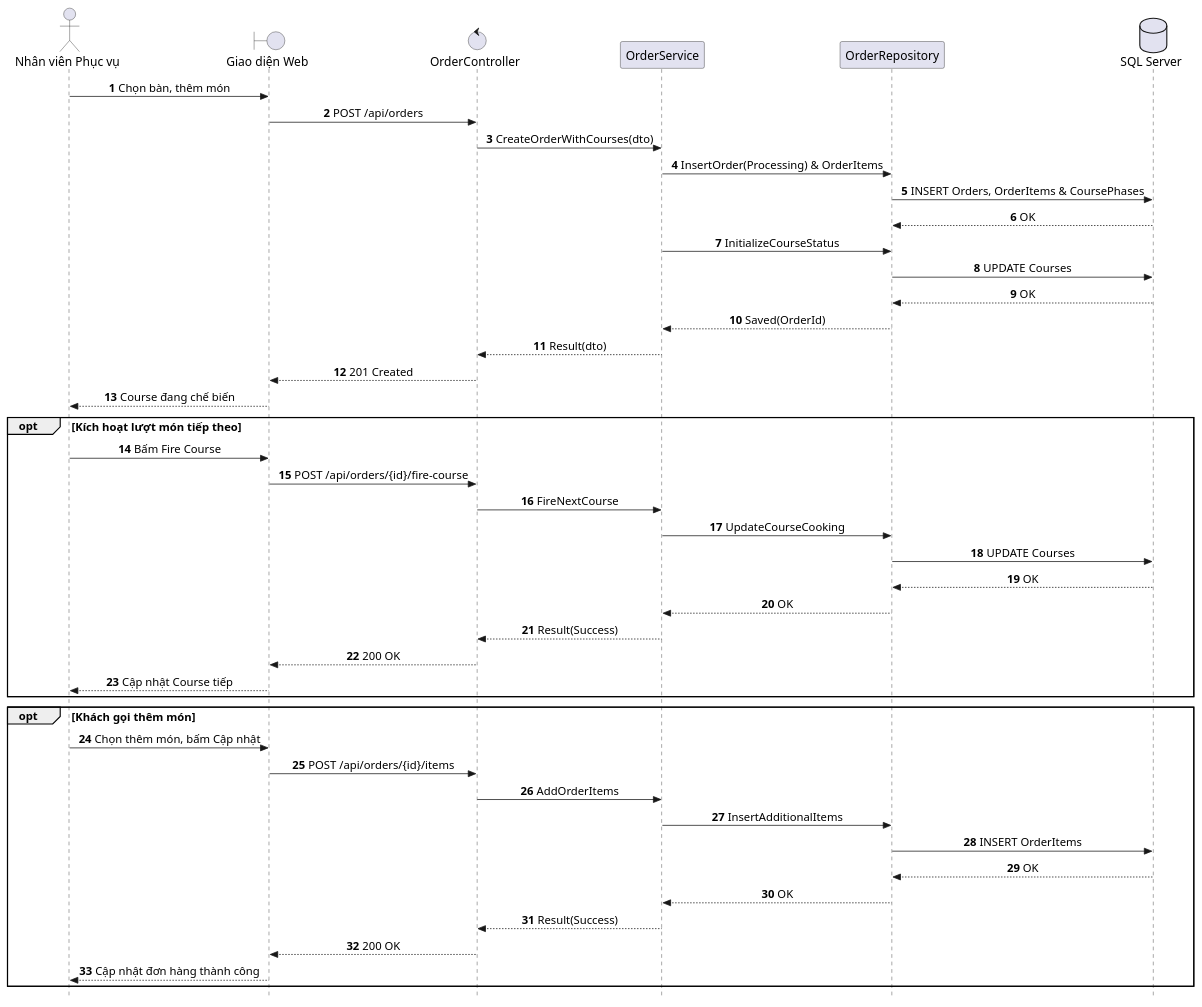
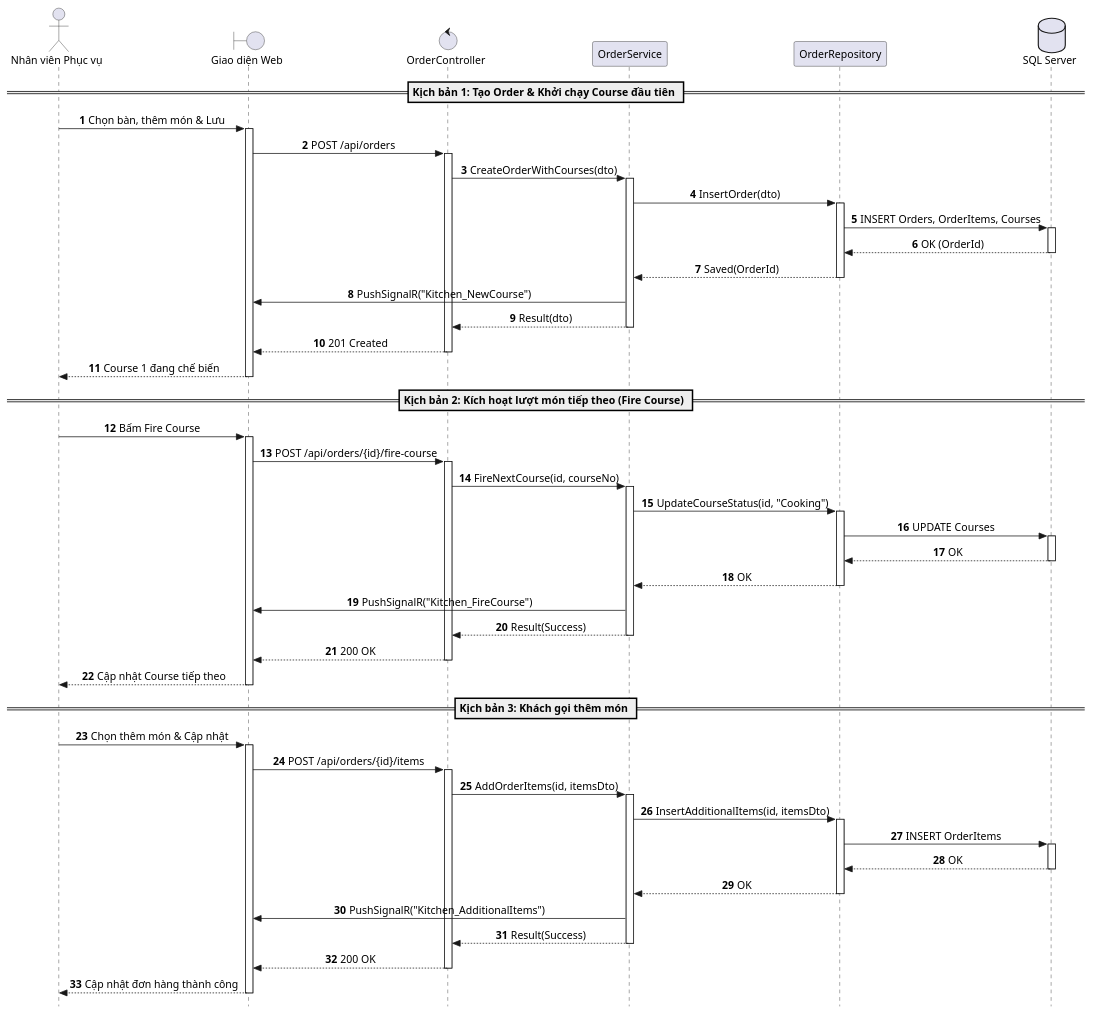
One commit to AndrewQng/VinDining changed the diagram in docs/puml/sequences/SD_UC_E1_Create_Order_Course_Firing.puml. Above: the diagram before and after it, drawn with PlantUML. The commit also changed 71 other files, not shown here.

Commit message:
Sequence 50%

```diff
--- a/docs/puml/sequences/SD_UC_E1_Create_Order_Course_Firing.puml
+++ b/docs/puml/sequences/SD_UC_E1_Create_Order_Course_Firing.puml
@@ -1,60 +1,115 @@
 @startuml SD_UC_E1_Create_Order_Course_Firing
 autonumber
 skinparam style strictuml
 skinparam sequenceMessageAlign center
 skinparam responseMessageBelowArrow true
 skinparam defaultFontName "Segoe UI", Arial, sans-serif
-skinparam defaultFontSize 16
-skinparam sequenceActorFontSize 16
-skinparam sequenceParticipantFontSize 16
-skinparam sequenceArrowFontSize 15
-skinparam sequenceGroupFontSize 15
-skinparam sequenceGroupHeaderFontSize 15
+skinparam defaultFontSize 14
 
 actor "Nhân viên Phục vụ" as Waitstaff
 boundary "Giao diện Web" as UI
 control "OrderController" as Controller
 participant "OrderService" as Service
 participant "OrderRepository" as Repo
 database "SQL Server" as DB
 
-Waitstaff -> UI: Chọn bàn, thêm món 
-UI -> Controller: POST /api/orders 
+== Kịch bản 1: Tạo Order & Khởi chạy Course đầu tiên ==
+
+Waitstaff -> UI: Chọn bàn, thêm món & Lưu
+activate UI
+
+UI -> Controller: POST /api/orders
+activate Controller
+
 Controller -> Service: CreateOrderWithCourses(dto)
-Service -> Repo: InsertOrder(Processing) & OrderItems
-Repo -> DB: INSERT Orders, OrderItems & CoursePhases
+activate Service
+
+Service -> Repo: InsertOrder(dto)
+activate Repo
+
+Repo -> DB: INSERT Orders, OrderItems, Courses
+activate DB
+DB --> Repo: OK (OrderId)
+deactivate DB
+
+Repo --> Service: Saved(OrderId)
+deactivate Repo
+
+Service -> UI: PushSignalR("Kitchen_NewCourse")
+
+Service --> Controller: Result(dto)
+deactivate Service
+
+Controller --> UI: 201 Created
+deactivate Controller
+
+UI --> Waitstaff: Course 1 đang chế biến
+deactivate UI
+
+== Kịch bản 2: Kích hoạt lượt món tiếp theo (Fire Course) ==
+
+Waitstaff -> UI: Bấm Fire Course
+activate UI
+
+UI -> Controller: POST /api/orders/{id}/fire-course
+activate Controller
+
+Controller -> Service: FireNextCourse(id, courseNo)
+activate Service
+
+Service -> Repo: UpdateCourseStatus(id, "Cooking")
+activate Repo
+
+Repo -> DB: UPDATE Courses
+activate DB
 DB --> Repo: OK
-Service -> Repo: InitializeCourseStatus
-Repo -> DB: UPDATE Courses 
+deactivate DB
+
+Repo --> Service: OK
+deactivate Repo
+
+Service -> UI: PushSignalR("Kitchen_FireCourse")
+
+Service --> Controller: Result(Success)
+deactivate Service
+
+Controller --> UI: 200 OK
+deactivate Controller
+
+UI --> Waitstaff: Cập nhật Course tiếp theo
+deactivate UI
+
+== Kịch bản 3: Khách gọi thêm món ==
+
+Waitstaff -> UI: Chọn thêm món & Cập nhật
+activate UI
+
+UI -> Controller: POST /api/orders/{id}/items
+activate Controller
+
+Controller -> Service: AddOrderItems(id, itemsDto)
+activate Service
+
+Service -> Repo: InsertAdditionalItems(id, itemsDto)
+activate Repo
+
+Repo -> DB: INSERT OrderItems
+activate DB
 DB --> Repo: OK
-Repo --> Service: Saved(OrderId)
-Service --> Controller: Result(dto)
-Controller --> UI: 201 Created
-UI --> Waitstaff: Course đang chế biến
+deactivate DB
 
-opt Kích hoạt lượt món tiếp theo
-    Waitstaff -> UI: Bấm Fire Course 
-    UI -> Controller: POST /api/orders/{id}/fire-course
-    Controller -> Service: FireNextCourse
-    Service -> Repo: UpdateCourseCooking
-    Repo -> DB: UPDATE Courses
-    DB --> Repo: OK
-    Repo --> Service: OK
-    Service --> Controller: Result(Success)
-    Controller --> UI: 200 OK
-    UI --> Waitstaff: Cập nhật Course tiếp
-end
+Repo --> Service: OK
+deactivate Repo
 
-opt Khách gọi thêm món
-    Waitstaff -> UI: Chọn thêm món, bấm Cập nhật
-    UI -> Controller: POST /api/orders/{id}/items 
-    Controller -> Service: AddOrderItems
-    Service -> Repo: InsertAdditionalItems
-    Repo -> DB: INSERT OrderItems
-    DB --> Repo: OK
-    Repo --> Service: OK
-    Service --> Controller: Result(Success)
-    Controller --> UI: 200 OK
-    UI --> Waitstaff: Cập nhật đơn hàng thành công
-end
+Service -> UI: PushSignalR("Kitchen_AdditionalItems")
+
+Service --> Controller: Result(Success)
+deactivate Service
+
+Controller --> UI: 200 OK
+deactivate Controller
+
+UI --> Waitstaff: Cập nhật đơn hàng thành công
+deactivate UI
+
 @enduml
```
